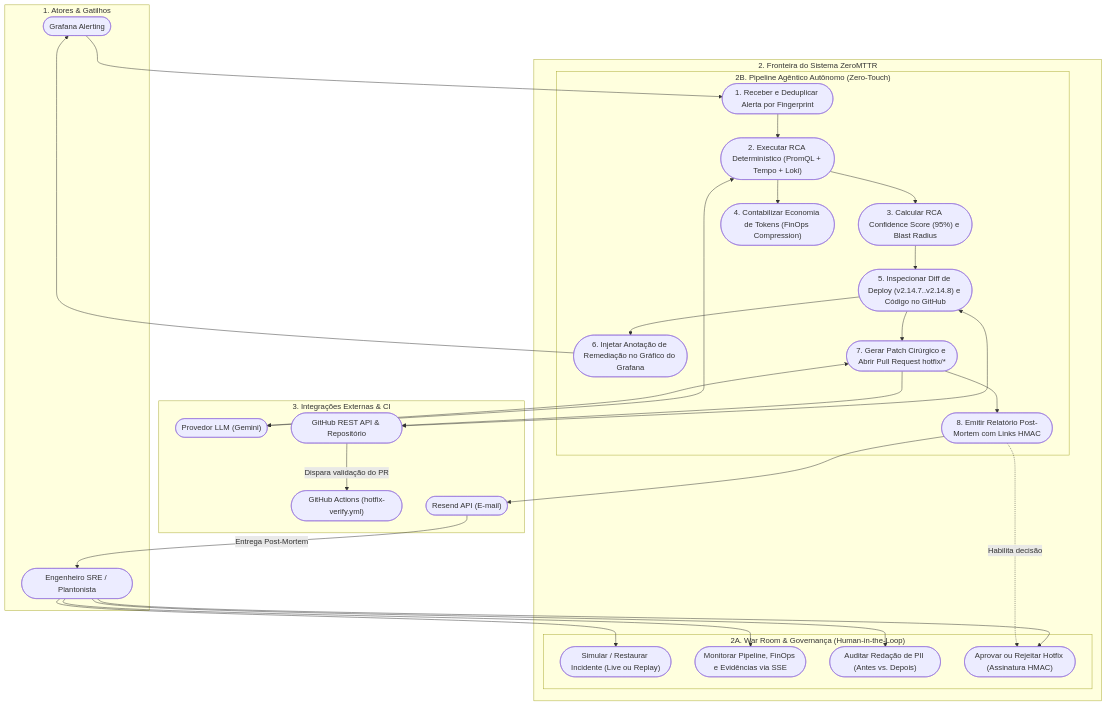
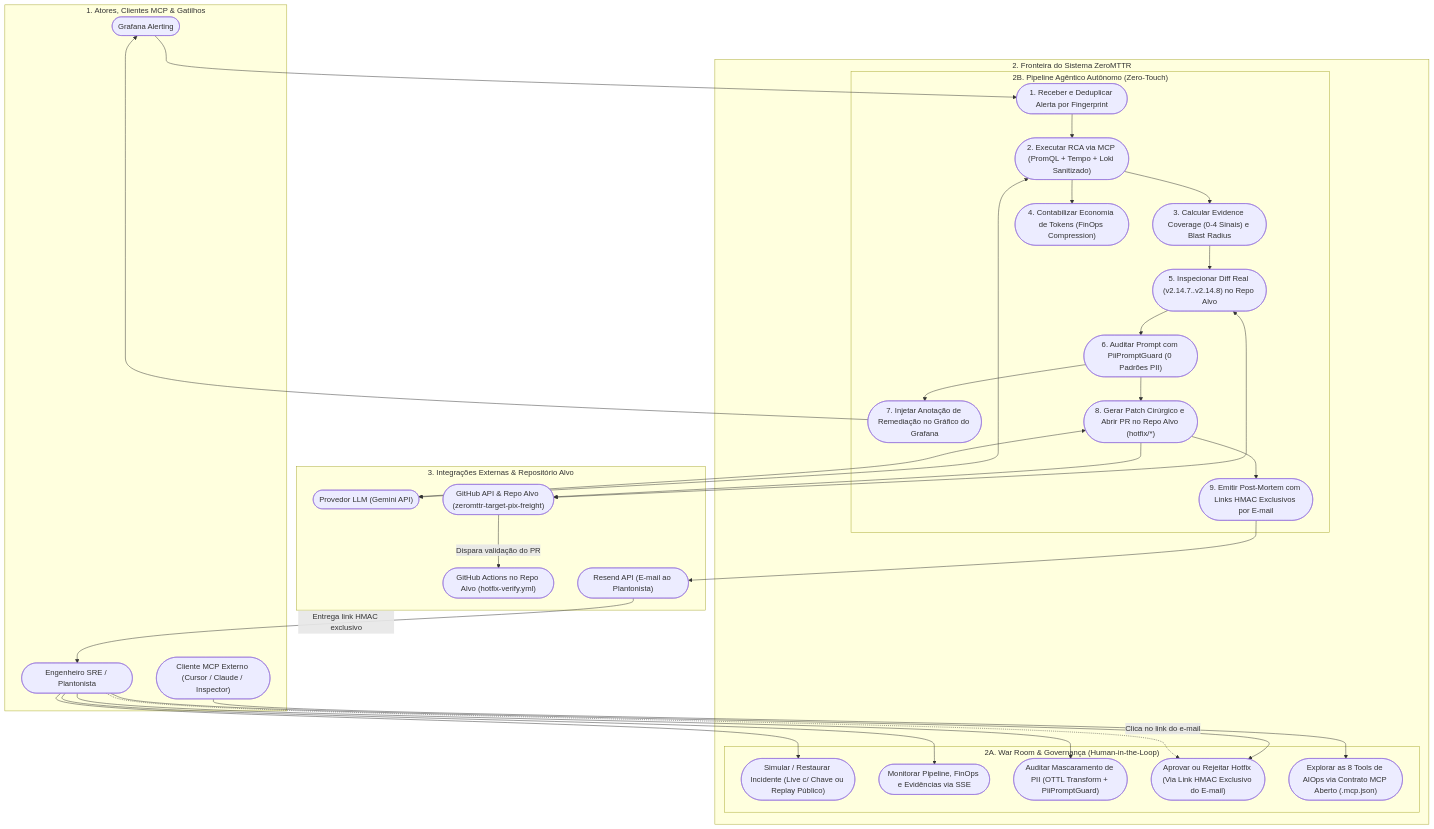
The first of 6 diagrams in docs/pt-BR/01_system_diagrams.md (AdmilsonGoncalves/zeromttr), drawn with Mermaid before and after one commit. The commit also changed other lines of this file and 10 other files, not shown here.

Commit message:
docs: refine architecture v0.3 for Logistics PIX track, HMAC email isolation, OTTL PII masking, and dedicated target repo

````diff
--- a/docs/pt-BR/01_system_diagrams.md
+++ b/docs/pt-BR/01_system_diagrams.md
@@ -15,63 +16,68 @@
 ```mermaid
 flowchart TD
-    subgraph Atores["1. Atores & Gatilhos"]
+    subgraph Atores["1. Atores, Clientes MCP & Gatilhos"]
         SRE(["Engenheiro SRE / Plantonista"])
+        EXT_MCP(["Cliente MCP Externo (Cursor / Claude / Inspector)"])
         GRAF(["Grafana Alerting"])
     end
 
     subgraph ZeroMTTR_Boundary["2. Fronteira do Sistema ZeroMTTR"]
         subgraph Operacao_Interativa["2A. War Room & Governança (Human-in-the-Loop)"]
-            UC_SIM(["Simular / Restaurar Incidente (Live ou Replay)"])
+            UC_SIM(["Simular / Restaurar Incidente (Live c/ Chave ou Replay Público)"])
             UC_MON(["Monitorar Pipeline, FinOps e Evidências via SSE"])
-            UC_PII(["Auditar Redação de PII (Antes vs. Depois)"])
-            UC_DEC(["Aprovar ou Rejeitar Hotfix (Assinatura HMAC)"])
+            UC_PII(["Auditar Mascaramento de PII (OTTL Transform + PiiPromptGuard)"])
+            UC_DEC(["Aprovar ou Rejeitar Hotfix (Via Link HMAC Exclusivo do E-mail)"])
+            UC_EXT(["Explorar as 8 Tools de AIOps via Contrato MCP Aberto (.mcp.json)"])
         end
 
         subgraph Pipeline_Autonomo["2B. Pipeline Agêntico Autônomo (Zero-Touch)"]
             UC_ALT(["1. Receber e Deduplicar Alerta por Fingerprint"])
-            UC_RCA(["2. Executar RCA Determinístico (PromQL + Tempo + Loki)"])
-            UC_CONF(["3. Calcular RCA Confidence Score (95%) e Blast Radius"])
+            UC_RCA(["2. Executar RCA via MCP (PromQL + Tempo + Loki Sanitizado)"])
+            UC_COV(["3. Calcular Evidence Coverage (0-4 Sinais) e Blast Radius"])
             UC_FIN(["4. Contabilizar Economia de Tokens (FinOps Compression)"])
-            UC_DIFF(["5. Inspecionar Diff de Deploy (v2.14.7..v2.14.8) e Código no GitHub"])
-            UC_ANN(["6. Injetar Anotação de Remediação no Gráfico do Grafana"])
-            UC_PR(["7. Gerar Patch Cirúrgico e Abrir Pull Request hotfix/*"])
-            UC_NOT(["8. Emitir Relatório Post-Mortem com Links HMAC"])
+            UC_DIFF(["5. Inspecionar Diff Real (v2.14.7..v2.14.8) no Repo Alvo"])
+            UC_GUARD(["6. Auditar Prompt com PiiPromptGuard (0 Padrões PII)"])
+            UC_ANN(["7. Injetar Anotação de Remediação no Gráfico do Grafana"])
+            UC_PR(["8. Gerar Patch Cirúrgico e Abrir PR no Repo Alvo (hotfix/*)"])
+            UC_NOT(["9. Emitir Post-Mortem com Links HMAC Exclusivos por E-mail"])
         end
     end
 
-    subgraph Provedores_Externos["3. Integrações Externas & CI"]
-        LLM(["Provedor LLM (Gemini)"])
-        GH(["GitHub REST API & Repositório"])
-        GHCI(["GitHub Actions (hotfix-verify.yml)"])
-        RS(["Resend API (E-mail)"])
+    subgraph Provedores_Externos["3. Integrações Externas & Repositório Alvo"]
+        LLM(["Provedor LLM (Gemini API)"])
+        GH(["GitHub API & Repo Alvo (zeromttr-target-pix-freight)"])
+        GHCI(["GitHub Actions no Repo Alvo (hotfix-verify.yml)"])
+        RS(["Resend API (E-mail ao Plantonista)"])
     end
 
-    %% Ações do SRE
+    %% Ações do SRE e Cliente MCP Externo
     SRE --> UC_SIM
     SRE --> UC_MON
     SRE --> UC_PII
     SRE --> UC_DEC
+    EXT_MCP --> UC_EXT
 
     %% Gatilho do Grafana
     GRAF --> UC_ALT
 
     %% Fluxo autônomo
     UC_ALT --> UC_RCA
-    UC_RCA --> UC_CONF
+    UC_RCA --> UC_COV
     UC_RCA --> UC_FIN
-    UC_CONF --> UC_DIFF
-    UC_DIFF --> UC_ANN
-    UC_DIFF --> UC_PR
+    UC_COV --> UC_DIFF
+    UC_DIFF --> UC_GUARD
+    UC_GUARD --> UC_ANN
+    UC_GUARD --> UC_PR
     UC_PR --> UC_NOT
-    UC_NOT -.->|"Habilita decisão"| UC_DEC
 
     %% Integrações externas
     UC_RCA <--> LLM
     UC_DIFF <--> GH
     UC_ANN --> GRAF
     UC_PR <--> LLM
     UC_PR --> GH
     GH -->|"Dispara validação do PR"| GHCI
     UC_NOT --> RS
-    RS -->|"Entrega Post-Mortem"| SRE
+    RS -->|"Entrega link HMAC exclusivo"| SRE
+    SRE -.->|"Clica no link do e-mail"| UC_DEC
 ```
````
